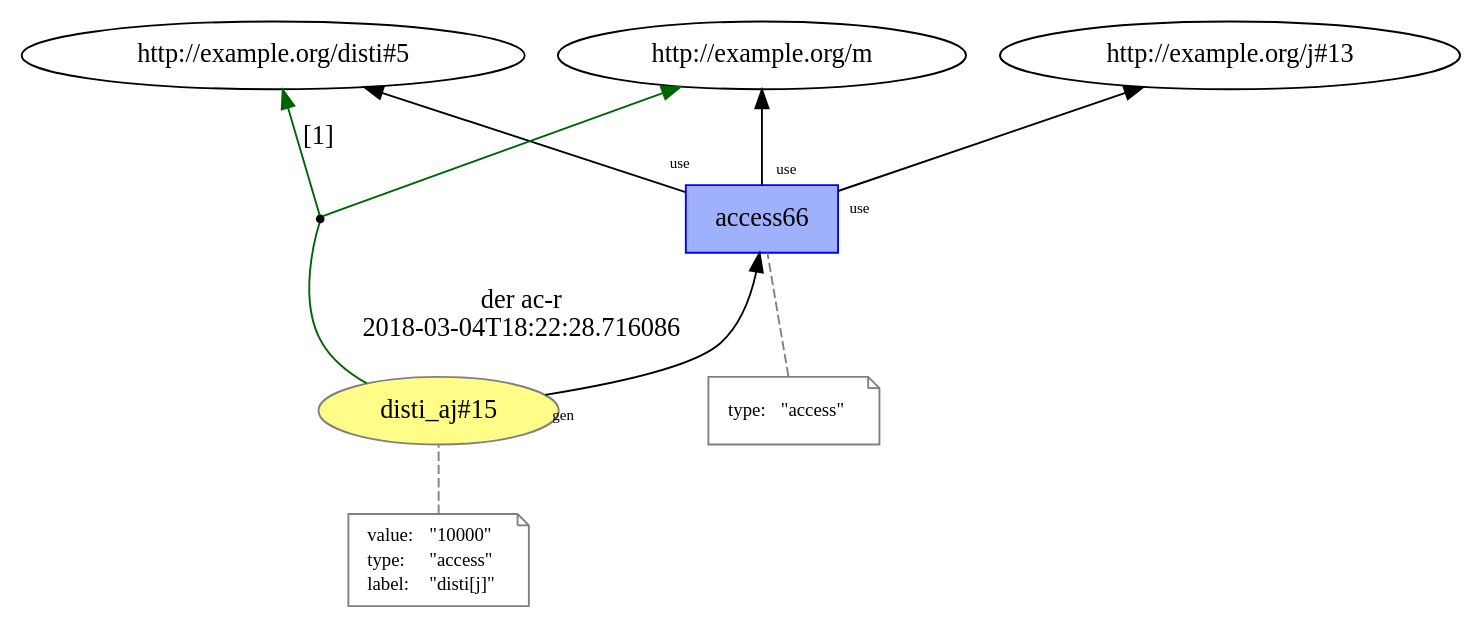
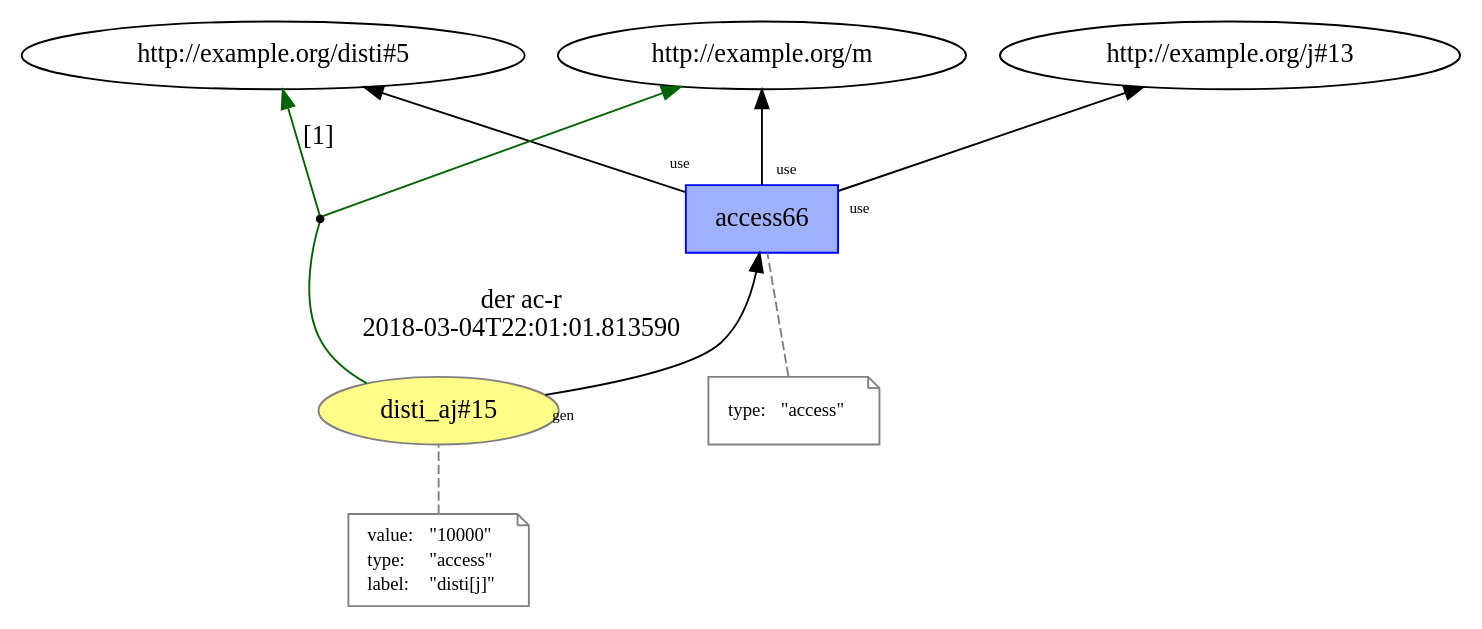
Before and after one commit to dew-uff/versioned-prov: the diagram in images/intertwined_prov/temp/L15__access_13.dot, drawn with Graphviz. The commit also changed 368 other files, not shown here.

```diff
--- a/images/intertwined_prov/temp/L15__access_13.dot
+++ b/images/intertwined_prov/temp/L15__access_13.dot
@@ -1,35 +1,35 @@
 digraph "PROV" { size="16,12"; rankdir="BT";
 "http://example.org/disti_aj#15" [fillcolor="#FFFC87",color="#808080",style="filled",label="disti_aj#15",URL="http://example.org/disti_aj#15"]
 "-attrs0" [color="gray",shape="note",fontsize="10",fontcolor="black",label=<<TABLE cellpadding="0" border="0">
 	<TR>
 	    <TD align="left">value:</TD>
 	    <TD align="left">&quot;10000&quot;</TD>
 	</TR>
 	<TR>
 	    <TD align="left">type:</TD>
 	    <TD align="left">&quot;access&quot;</TD>
 	</TR>
 	<TR>
 	    <TD align="left">label:</TD>
 	    <TD align="left">&quot;disti[j]&quot;</TD>
 	</TR>
 </TABLE>>]
 "-attrs0" -> "http://example.org/disti_aj#15" [color="gray",style="dashed",arrowhead="none"]
 "http://example.org/access66" [fillcolor="#9FB1FC",color="#0000FF",shape="polygon",sides="4",style="filled",label="access66",URL="http://example.org/access66"]
 "-attrs1" [color="gray",shape="note",fontsize="10",fontcolor="black",label=<<TABLE cellpadding="0" border="0">
 	<TR>
 	    <TD align="left">type:</TD>
 	    <TD align="left">&quot;access&quot;</TD>
 	</TR>
 </TABLE>>]
 "-attrs1" -> "http://example.org/access66" [color="gray",style="dashed",arrowhead="none"]
 "http://example.org/access66" -> "http://example.org/m" [labelfontsize="8",labeldistance="1.5",labelangle="60.0",rotation="20",taillabel="use"]
 "bn0" [shape="point",label=""]
 "http://example.org/disti_aj#15" -> "bn0" [arrowhead="none",color="darkgreen",label="der ac-r
-2018-03-04T18:22:28.716086"]
+2018-03-04T22:01:01.813590"]
 "bn0" -> "http://example.org/disti#5" [labelfontsize="8",labeldistance="1.5",color="darkgreen",labelangle="60.0",rotation="20",label="[1]"]
 "bn0" -> "http://example.org/m" [color="darkgreen"]
 "http://example.org/disti_aj#15" -> "http://example.org/access66" [labelfontsize="8",labeldistance="1.5",labelangle="60.0",rotation="20",taillabel="gen"]
 "http://example.org/access66" -> "http://example.org/disti#5" [labelfontsize="8",labeldistance="1.5",labelangle="60.0",rotation="20",taillabel="use"]
 "http://example.org/access66" -> "http://example.org/j#13" [labelfontsize="8",labeldistance="1.5",labelangle="60.0",rotation="20",taillabel="use"]
 }
```
